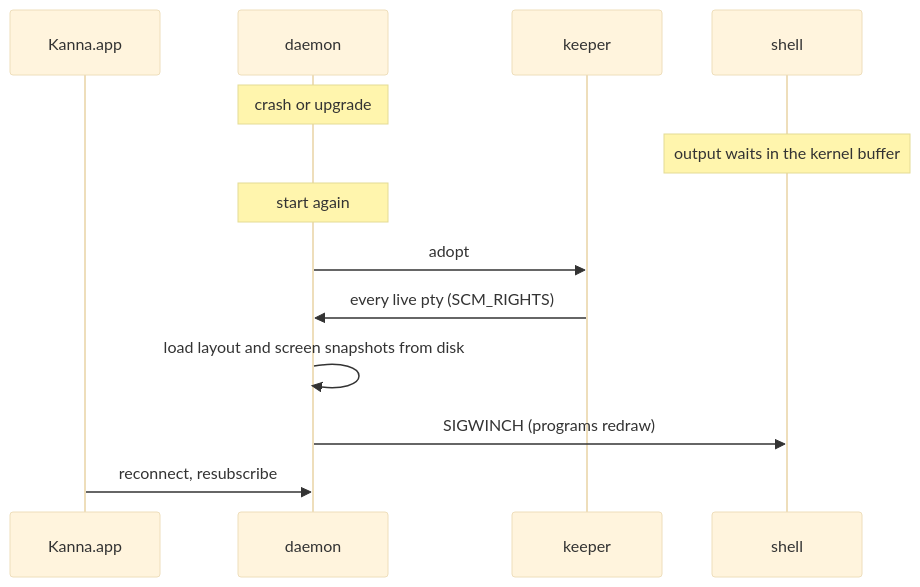
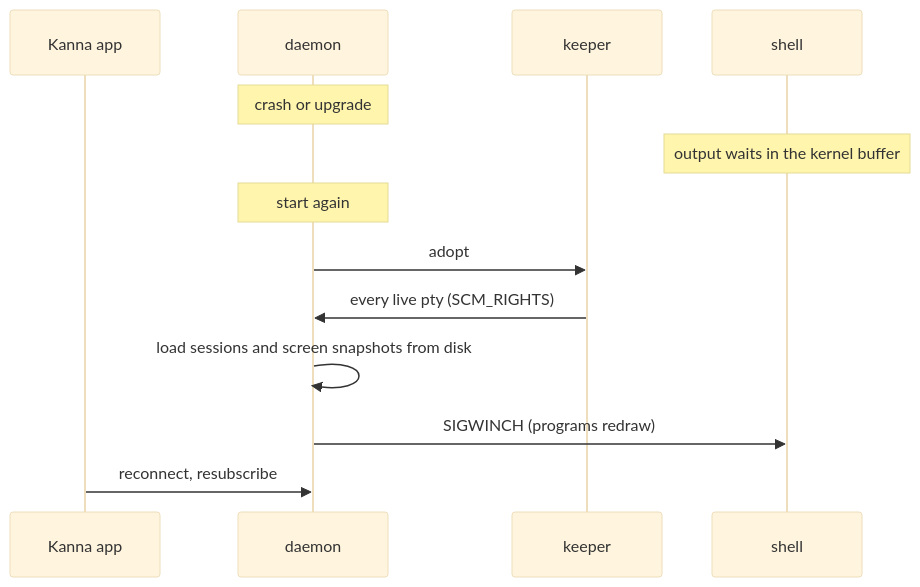
The eighth of 9 diagrams in docs/research/mux-architecture.md (jemdiggity/kanna-v4), drawn with Mermaid (base theme) before and after one commit. The commit also changed other lines of this file, not shown here.

Commit message:
Mux architecture: kmux as libraries, the daemon owns sessions, each UI owns its arrangement, one CLI socket

````diff
--- a/docs/research/mux-architecture.md
+++ b/docs/research/mux-architecture.md
@@ -208,15 +246,15 @@
 ```mermaid
 sequenceDiagram
-    participant A as Kanna.app
+    participant A as Kanna app
     participant D as daemon
     participant K as keeper
     participant S as shell
     Note over D: crash or upgrade
     Note over S: output waits in the kernel buffer
     Note over D: start again
     D->>K: adopt
     K->>D: every live pty (SCM_RIGHTS)
-    D->>D: load layout and screen snapshots from disk
+    D->>D: load sessions and screen snapshots from disk
     D->>S: SIGWINCH (programs redraw)
     A->>D: reconnect, resubscribe
 ```
````
